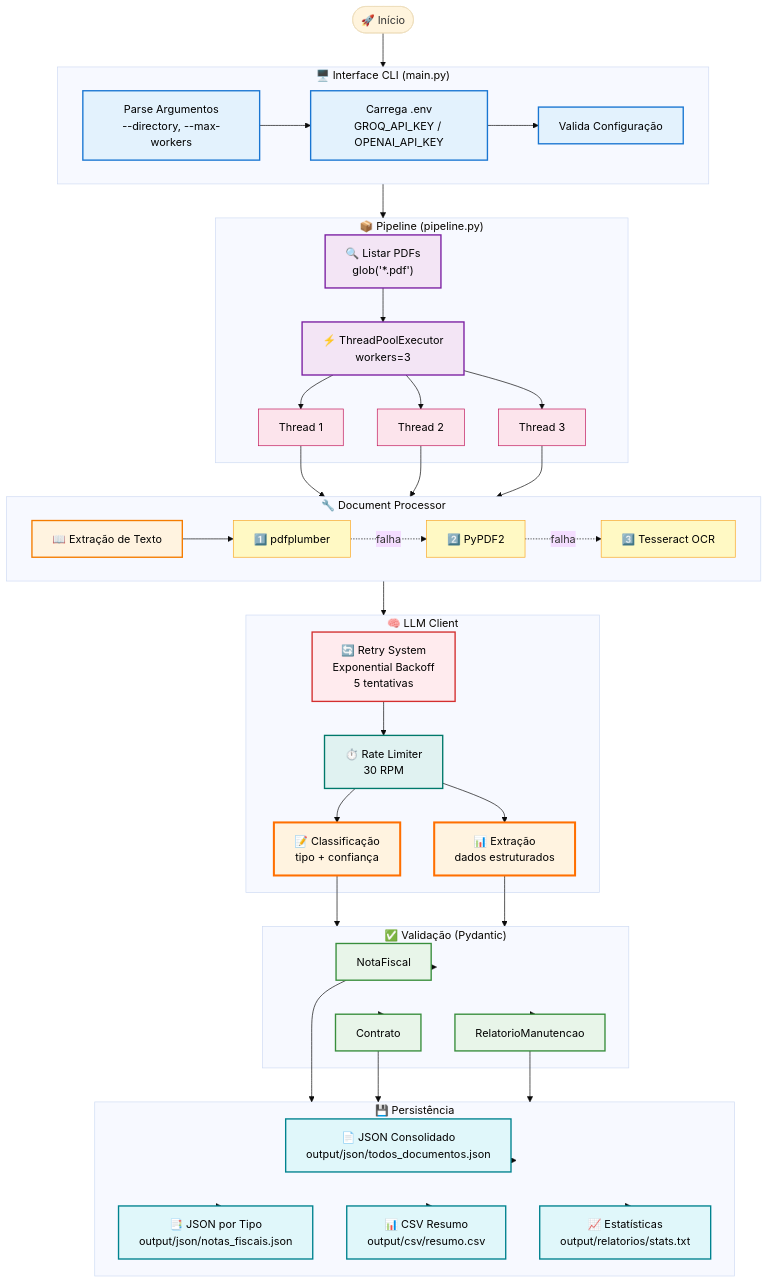
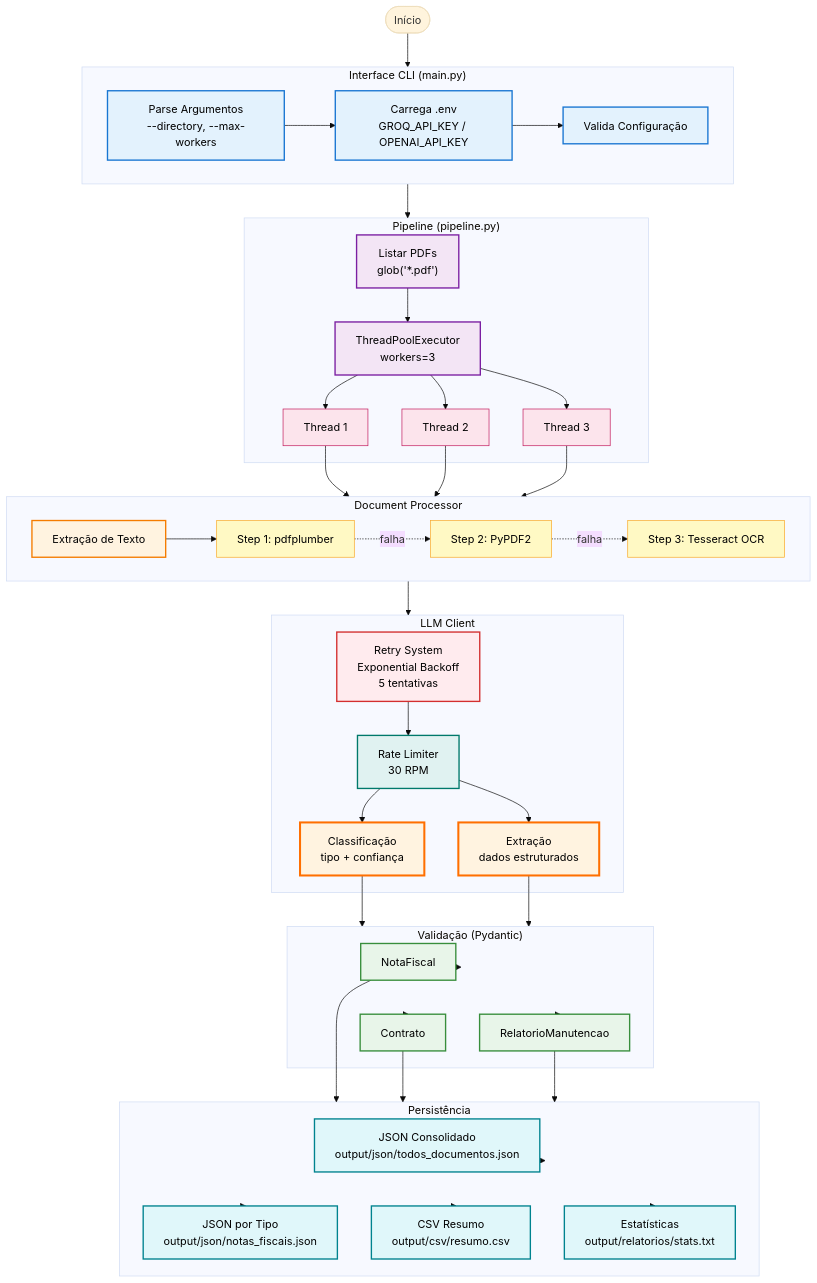
The first of 5 diagrams in ARCHITECTURE.md (Nik0o0lps/document-processing-pipeline), drawn with Mermaid (base theme) before and after one commit. The commit also changed other lines of this file and 1 other file, not shown here.

Commit message:
refactor: Remove emojis from diagrams for professional look

````diff
--- a/ARCHITECTURE.md
+++ b/ARCHITECTURE.md
@@ -7,76 +7,76 @@
 ```mermaid
 flowchart TD
-    Start(["🚀 Início"])
+    Start(["Início"])
     
-    subgraph CLI["🖥️ Interface CLI (main.py)"]
+    subgraph CLI["Interface CLI (main.py)"]
         Args["Parse Argumentos<br/>--directory, --max-workers"]:::cliNode
         Env["Carrega .env<br/>GROQ_API_KEY / OPENAI_API_KEY"]:::cliNode
         Val["Valida Configuração"]:::cliNode
         Args --> Env --> Val
     end
     
-    subgraph Pipeline["📦 Pipeline (pipeline.py)"]
-        List["🔍 Listar PDFs<br/>glob('*.pdf')"]:::pipelineNode
-        Batch["⚡ ThreadPoolExecutor<br/>workers=3"]:::pipelineNode
+    subgraph Pipeline["Pipeline (pipeline.py)"]
+        List["Listar PDFs<br/>glob('*.pdf')"]:::pipelineNode
+        Batch["ThreadPoolExecutor<br/>workers=3"]:::pipelineNode
         Thread1["Thread 1"]:::threadNode
         Thread2["Thread 2"]:::threadNode
         Thread3["Thread 3"]:::threadNode
         List --> Batch
         Batch --> Thread1 & Thread2 & Thread3
     end
     
-    subgraph Processor["🔧 Document Processor"]
-        Extract["📖 Extração de Texto"]:::processNode
-        Try1["1️⃣ pdfplumber"]:::methodNode
-        Try2["2️⃣ PyPDF2"]:::methodNode
-        Try3["3️⃣ Tesseract OCR"]:::methodNode
+    subgraph Processor["Document Processor"]
+        Extract["Extração de Texto"]:::processNode
+        Try1["Step 1: pdfplumber"]:::methodNode
+        Try2["Step 2: PyPDF2"]:::methodNode
+        Try3["Step 3: Tesseract OCR"]:::methodNode
         Extract --> Try1
         Try1 -."falha".-> Try2
         Try2 -."falha".-> Try3
     end
     
-    subgraph LLM["🧠 LLM Client"]
-        Retry["🔄 Retry System<br/>Exponential Backoff<br/>5 tentativas"]:::retryNode
-        RateLimit["⏱️ Rate Limiter<br/>30 RPM"]:::rateLimitNode
-        Classify["📝 Classificação<br/>tipo + confiança"]:::llmNode
-        Extract2["📊 Extração<br/>dados estruturados"]:::llmNode
+    subgraph LLM["LLM Client"]
+        Retry["Retry System<br/>Exponential Backoff<br/>5 tentativas"]:::retryNode
+        RateLimit["Rate Limiter<br/>30 RPM"]:::rateLimitNode
+        Classify["Classificação<br/>tipo + confiança"]:::llmNode
+        Extract2["Extração<br/>dados estruturados"]:::llmNode
         
         Retry --> RateLimit
         RateLimit --> Classify
         RateLimit --> Extract2
     end
     
-    subgraph Validation["✅ Validação (Pydantic)"]
+    subgraph Validation["Validação (Pydantic)"]
         Schema1["NotaFiscal"]:::schemaNode
         Schema2["Contrato"]:::schemaNode
         Schema3["RelatorioManutencao"]:::schemaNode
     end
     
-    subgraph Storage["💾 Persistência"]
-        JSON1["📄 JSON Consolidado<br/>output/json/todos_documentos.json"]:::storageNode
-        JSON2["📑 JSON por Tipo<br/>output/json/notas_fiscais.json"]:::storageNode
-        CSV1["📊 CSV Resumo<br/>output/csv/resumo.csv"]:::storageNode
-        Stats["📈 Estatísticas<br/>output/relatorios/stats.txt"]:::storageNode
+    subgraph Storage["Persistência"]
+        JSON1["JSON Consolidado<br/>output/json/todos_documentos.json"]:::storageNode
+        JSON2["JSON por Tipo<br/>output/json/notas_fiscais.json"]:::storageNode
+        CSV1["CSV Resumo<br/>output/csv/resumo.csv"]:::storageNode
+        Stats["Estatísticas<br/>output/relatorios/stats.txt"]:::storageNode
     end
     
     Start --> CLI
     CLI --> Pipeline
     Thread1 & Thread2 & Thread3 --> Processor
     Processor --> LLM
     Classify --> Validation
     Extract2 --> Validation
     Validation --> Schema1 & Schema2 & Schema3
     Schema1 & Schema2 & Schema3 --> Storage
     Storage --> JSON1 & JSON2 & CSV1 & Stats
     
     classDef cliNode fill:#e3f2fd,stroke:#1976d2,stroke-width:2px,color:#000
     classDef pipelineNode fill:#f3e5f5,stroke:#7b1fa2,stroke-width:2px,color:#000
     classDef threadNode fill:#fce4ec,stroke:#c2185b,stroke-width:1px,color:#000
     classDef processNode fill:#fff3e0,stroke:#f57c00,stroke-width:2px,color:#000
     classDef methodNode fill:#fff9c4,stroke:#f9a825,stroke-width:1px,color:#000
     classDef retryNode fill:#ffebee,stroke:#d32f2f,stroke-width:2px,color:#000
     classDef rateLimitNode fill:#e0f2f1,stroke:#00796b,stroke-width:2px,color:#000
     classDef llmNode fill:#fff3e0,stroke:#ff6f00,stroke-width:3px,color:#000
     classDef schemaNode fill:#e8f5e9,stroke:#388e3c,stroke-width:2px,color:#000
     classDef storageNode fill:#e0f7fa,stroke:#00838f,stroke-width:2px,color:#000
 ```
````
